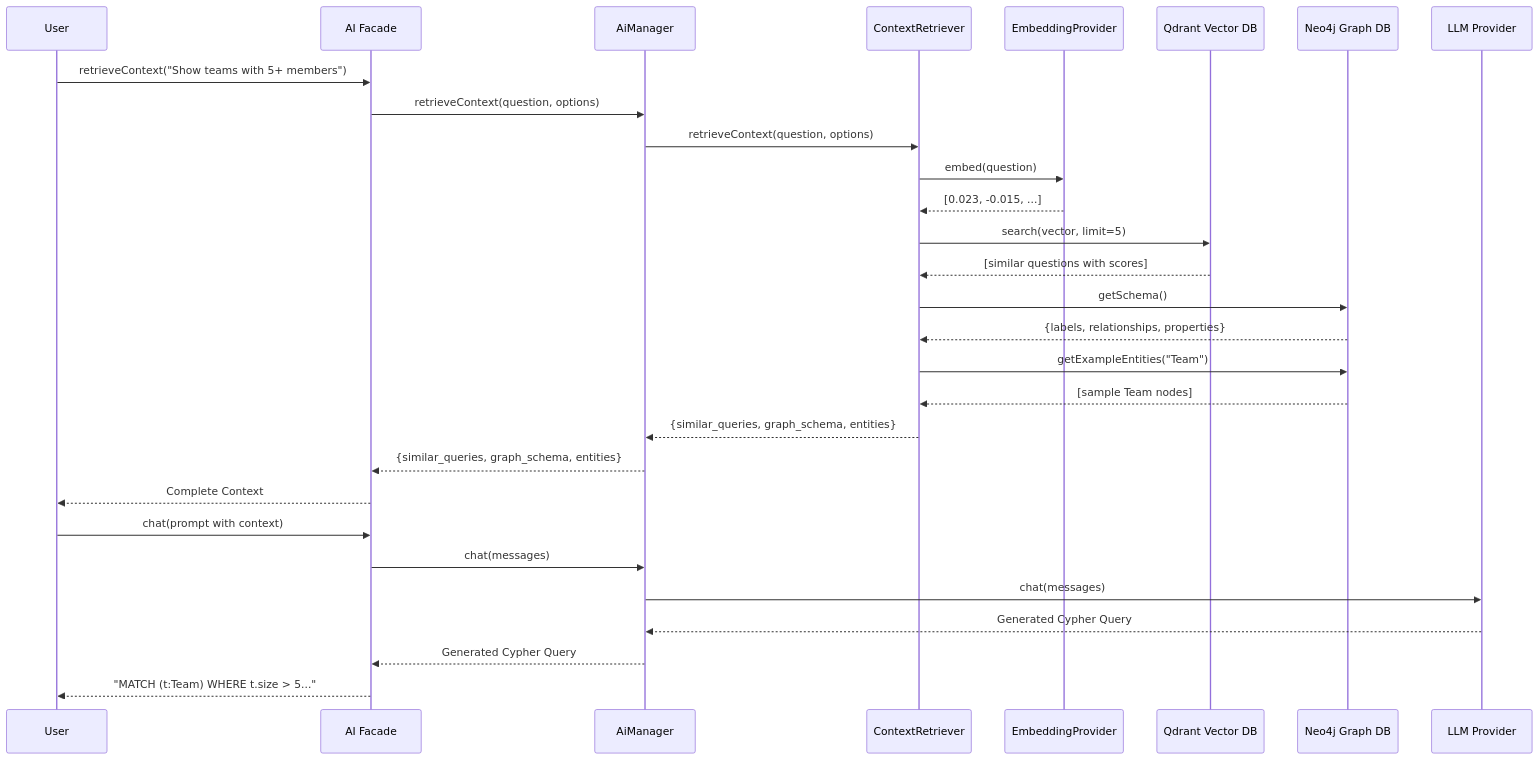
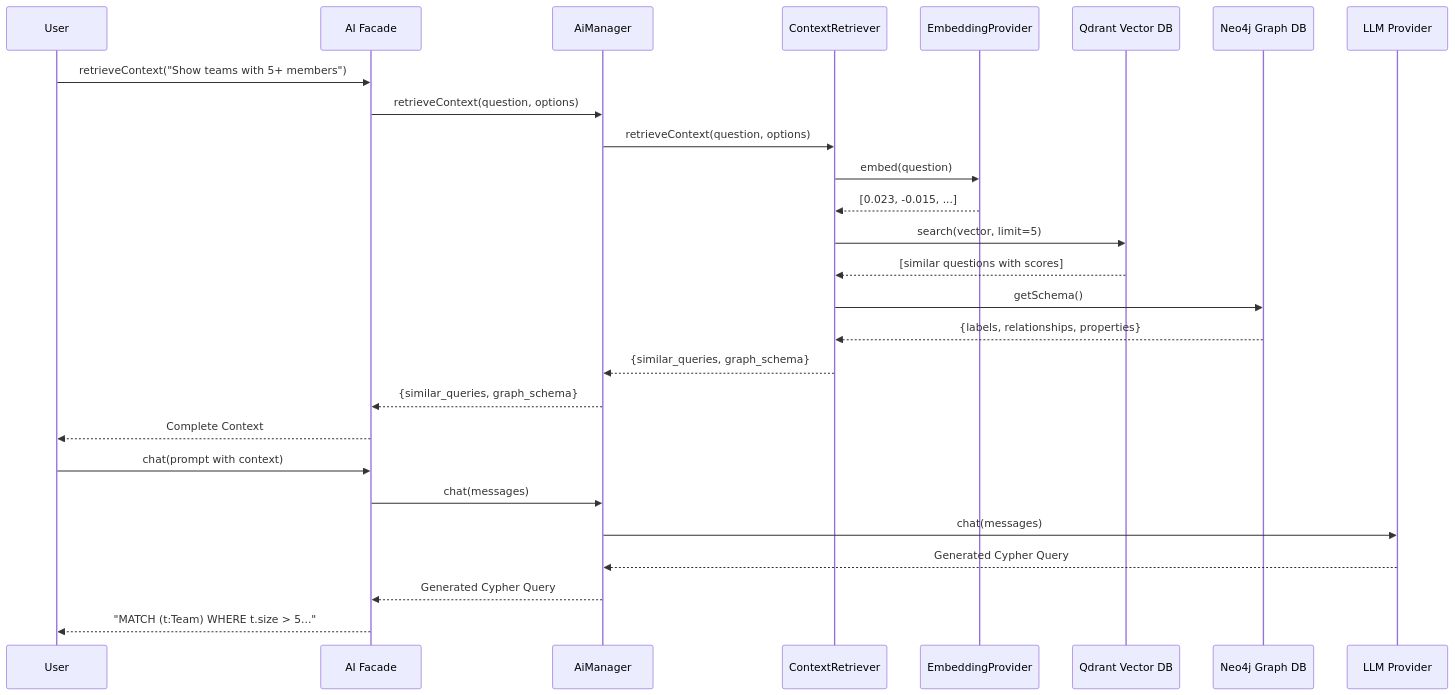
One commit to condoedge/AI changed the second of 3 diagrams in resources/docs/1.0/internals/architecture.md. Above: the diagram before and after it, drawn with Mermaid. The commit also changed other lines of this file and 786 other files, not shown here.

````diff
--- a/resources/docs/1.0/internals/architecture.md
+++ b/resources/docs/1.0/internals/architecture.md
@@ -182,38 +179,35 @@
 ```mermaid
 sequenceDiagram
     participant User
     participant AI as AI Facade
     participant Manager as AiManager
     participant CR as ContextRetriever
     participant Embed as EmbeddingProvider
     participant Qdrant as Qdrant Vector DB
     participant Neo4j as Neo4j Graph DB
     participant LLM as LLM Provider
 
     User->>AI: retrieveContext("Show teams with 5+ members")
     AI->>Manager: retrieveContext(question, options)
     Manager->>CR: retrieveContext(question, options)
 
     CR->>Embed: embed(question)
     Embed-->>CR: [0.023, -0.015, ...]
 
     CR->>Qdrant: search(vector, limit=5)
     Qdrant-->>CR: [similar questions with scores]
 
     CR->>Neo4j: getSchema()
     Neo4j-->>CR: {labels, relationships, properties}
 
-    CR->>Neo4j: getExampleEntities("Team")
-    Neo4j-->>CR: [sample Team nodes]
-
-    CR-->>Manager: {similar_queries, graph_schema, entities}
-    Manager-->>AI: {similar_queries, graph_schema, entities}
+    CR-->>Manager: {similar_queries, graph_schema}
+    Manager-->>AI: {similar_queries, graph_schema}
     AI-->>User: Complete Context
 
     User->>AI: chat(prompt with context)
     AI->>Manager: chat(messages)
     Manager->>LLM: chat(messages)
     LLM-->>Manager: Generated Cypher Query
     Manager-->>AI: Generated Cypher Query
     AI-->>User: "MATCH (t:Team) WHERE t.size > 5..."
 ```
````
